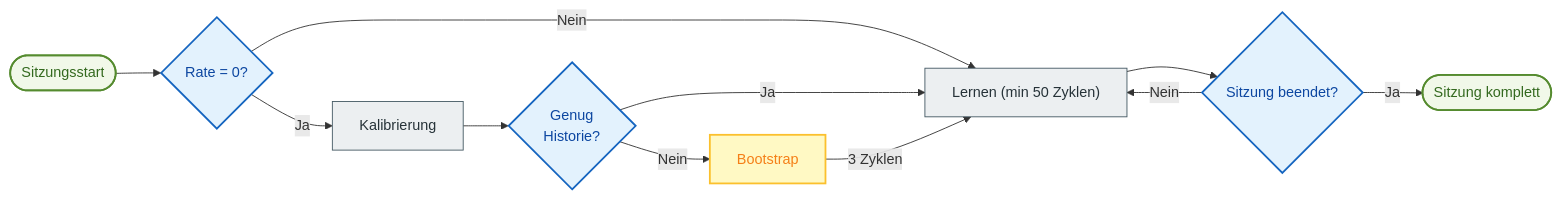
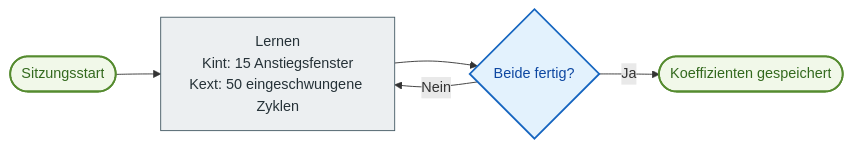
The diagram in documentation/de/feature-autotpi.md (jmcollin78/versatile_thermostat), drawn with Mermaid before and after one commit. The commit also changed other lines of this file and 10 other files, not shown here.

````diff
--- a/documentation/de/feature-autotpi.md
+++ b/documentation/de/feature-autotpi.md
@@ -17,27 +17,15 @@
 ```mermaid
 graph LR
-    %% Flat Design Palette
     classDef startEnd fill:#f1f8e9,stroke:#558b2f,stroke-width:2px,color:#33691e
     classDef decision fill:#e3f2fd,stroke:#1565c0,stroke-width:2px,color:#0d47a1
     classDef process fill:#eceff1,stroke:#455a64,stroke-width:1px,color:#263238
-    classDef bootstrap fill:#fff9c4,stroke:#fbc02d,stroke-width:2px,color:#f57f17
 
-    A([Sitzungsstart]) --> B{Rate = 0?}
-    
-    B -- "Ja" --> C[Kalibrierung]
-    B -- "Nein" --> D["Lernen (min 50 Zyklen)"]
-    
-    C --> E{Genug\nHistorie?}
-    E -- "Ja" --> D
-    E -- "Nein" --> F[Bootstrap]
-    F -->|3 Zyklen| D
-    
-    D --> G{Sitzung beendet?}
-    G -- "Nein" --> D
-    G -- "Ja" --> H([Sitzung komplett])
+    A([Sitzungsstart]) --> B["Lernen<br/>Kint: 15 Anstiegsfenster<br/>Kext: 50 eingeschwungene Zyklen"]
+    B --> C{Beide fertig?}
+    C -- "Nein" --> B
+    C -- "Ja" --> D([Koeffizienten gespeichert])
 
-    class A,H startEnd
-    class B,E,G decision
-    class C,D process
-    class F bootstrap
+    class A,D startEnd
+    class C decision
+    class B process
 ```
````
